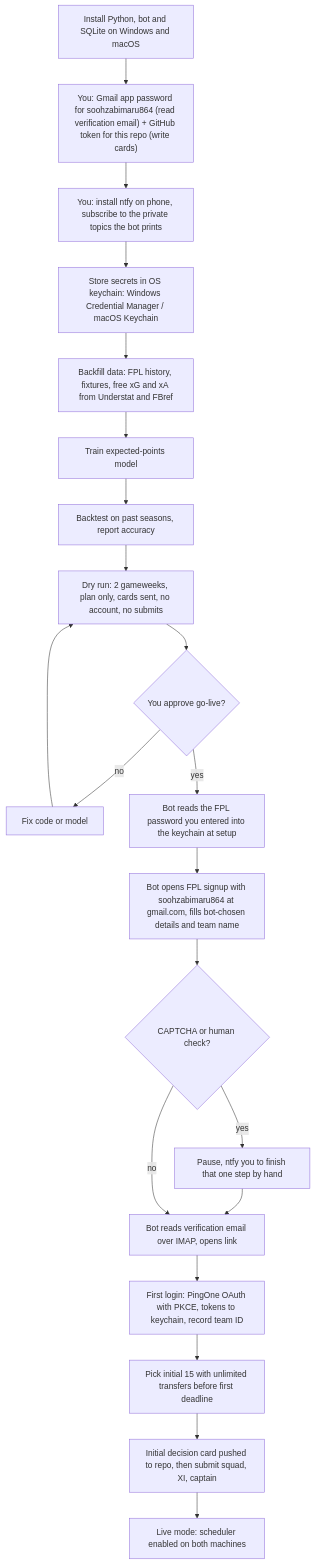
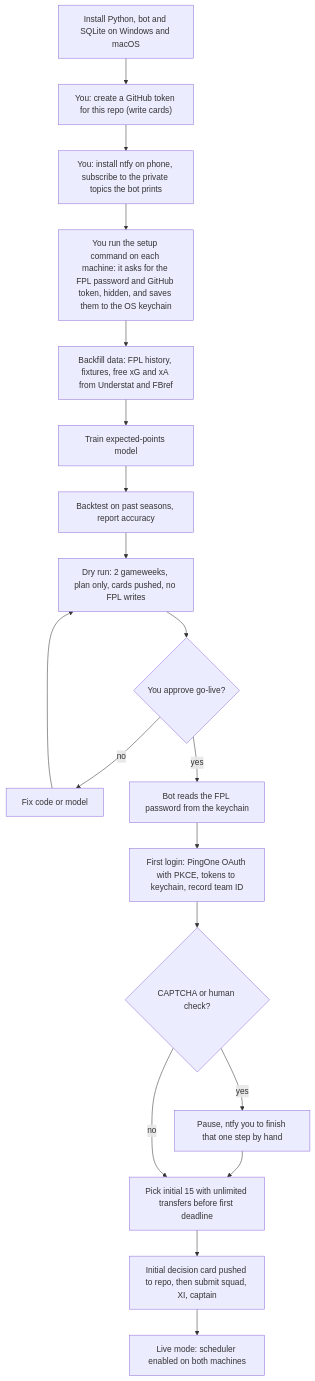
The second of 10 diagrams in docs/system-flow.md (GolugulaVishnu/FPL_bot), drawn with Mermaid before and after one commit. The commit also changed other lines of this file and 2 other files, not shown here.

Commit message:
Docs: owner created the FPL account; bot logs in only, password via setup command
Claude-Session: https://claude.ai/code/session_01Dn4nKA8Hnxsek4CJwP7zan

````diff
--- a/docs/system-flow.md
+++ b/docs/system-flow.md
@@ -39,21 +39,20 @@
 ```mermaid
 flowchart TD
-  A["Install Python, bot and SQLite on Windows and macOS"] --> B["You: Gmail app password for soohzabimaru864 (read verification email) + GitHub token for this repo (write cards)"]
+  A["Install Python, bot and SQLite on Windows and macOS"] --> B["You: create a GitHub token for this repo (write cards)"]
   B --> C["You: install ntfy on phone, subscribe to the private topics the bot prints"]
-  C --> D["Store secrets in OS keychain: Windows Credential Manager / macOS Keychain"]
+  C --> D["You run the setup command on each machine: it asks for the FPL password and GitHub token, hidden, and saves them to the OS keychain"]
   D --> E["Backfill data: FPL history, fixtures, free xG and xA from Understat and FBref"]
   E --> F["Train expected-points model"]
   F --> G["Backtest on past seasons, report accuracy"]
-  G --> H["Dry run: 2 gameweeks, plan only, cards sent, no account, no submits"]
+  G --> H["Dry run: 2 gameweeks, plan only, cards pushed, no FPL writes"]
   H --> I{"You approve go-live?"}
   I -- no --> J["Fix code or model"] --> H
-  I -- yes --> K["Bot reads the FPL password you entered into the keychain at setup"]
-  K --> L["Bot opens FPL signup with soohzabimaru864 at gmail.com, fills bot-chosen details and team name"]
-  L --> M{"CAPTCHA or human check?"}
-  M -- yes --> N["Pause, ntfy you to finish that one step by hand"] --> O
-  M -- no --> O["Bot reads verification email over IMAP, opens link"]
-  O --> P["First login: PingOne OAuth with PKCE, tokens to keychain, record team ID"]
-  P --> Q["Pick initial 15 with unlimited transfers before first deadline"]
+  I -- yes --> K["Bot reads the FPL password from the keychain"]
+  K --> P["First login: PingOne OAuth with PKCE, tokens to keychain, record team ID"]
+  P --> M{"CAPTCHA or human check?"}
+  M -- yes --> N["Pause, ntfy you to finish that one step by hand"] --> Q
+  M -- no --> Q
+  Q["Pick initial 15 with unlimited transfers before first deadline"]
   Q --> R["Initial decision card pushed to repo, then submit squad, XI, captain"]
   R --> S["Live mode: scheduler enabled on both machines"]
 ```
````
